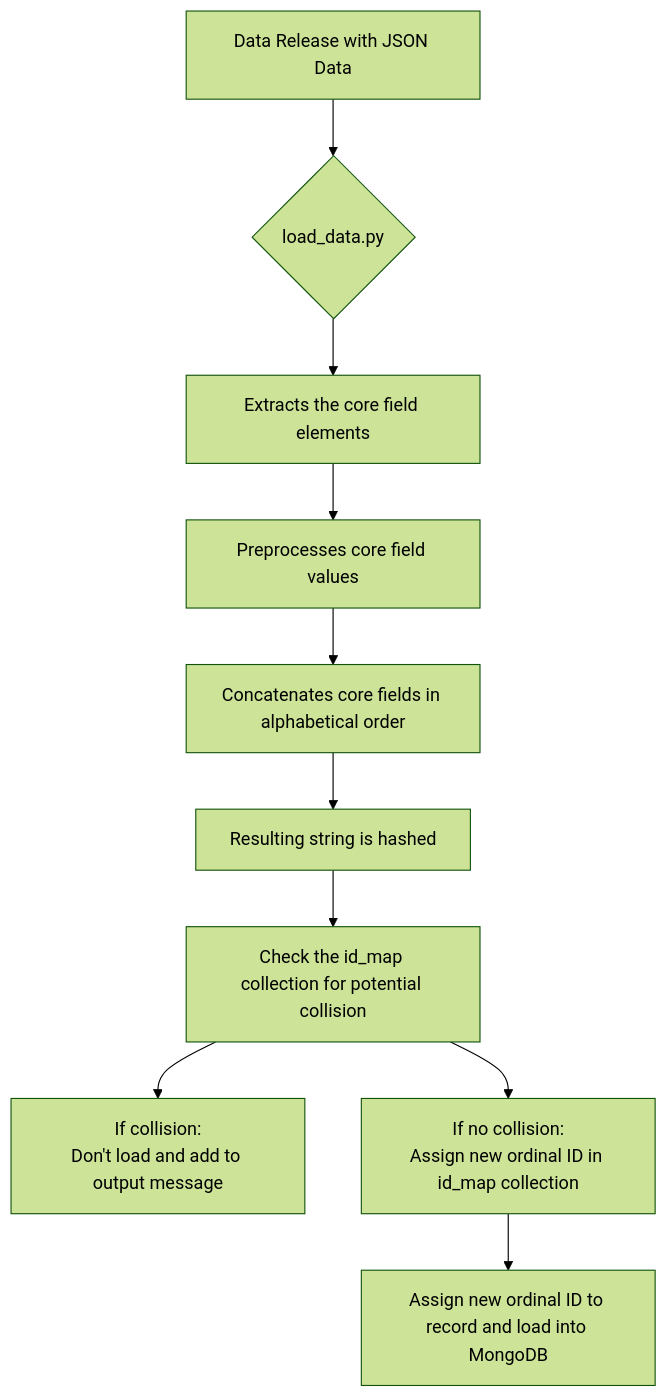
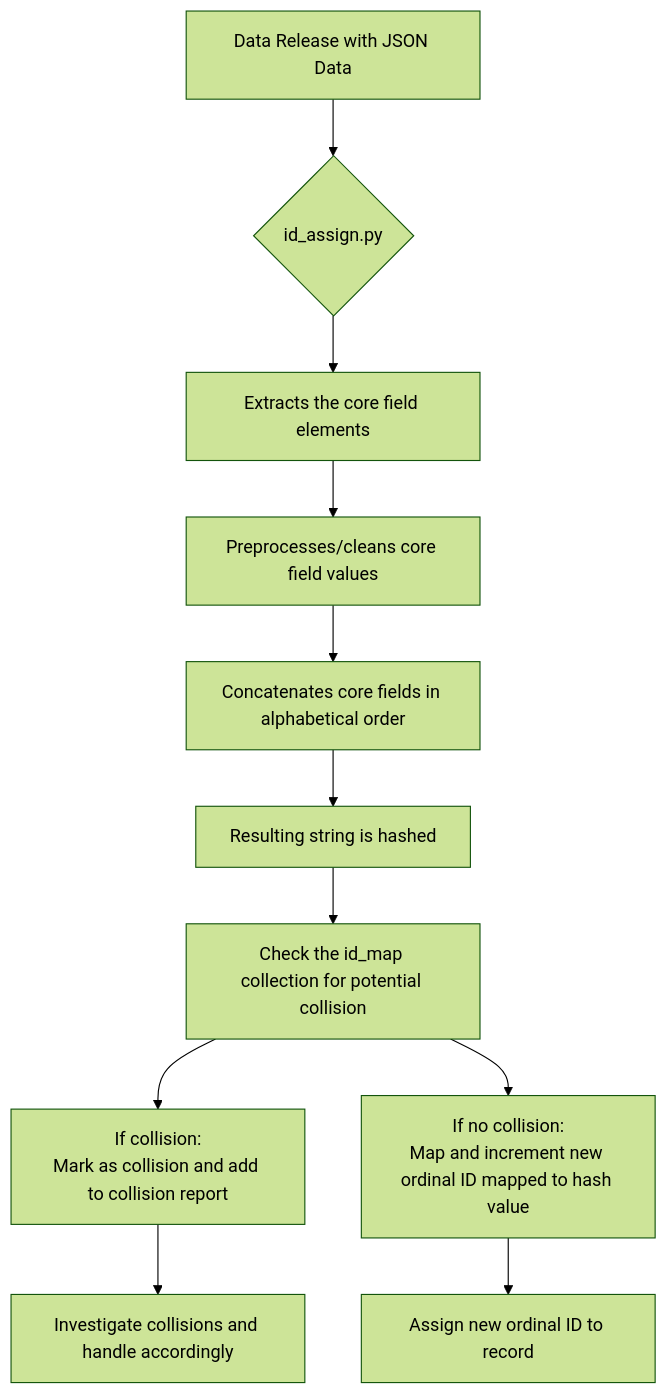
Before and after one commit to clinical-biomarkers/biomarker-backend-api: the diagram in README.md, drawn with Mermaid (forest theme). The commit also changed other lines of this file, not shown here.

Commit message:
update id assignment system docs

````diff
--- a/README.md
+++ b/README.md
@@ -176,12 +176,13 @@
 ```mermaid
 flowchart TD
-    A[Data Release with JSON Data] --> B{load_data.py}
+    A[Data Release with JSON Data] --> B{id_assign.py}
     B --> C[Extracts the core field elements]
-    C --> D[Preprocesses core field values]
+    C --> D[Preprocesses/cleans core field values]
     D --> E[Concatenates core fields in alphabetical order]
     E --> F[Resulting string is hashed]
     F --> G[Check the id_map collection for potential collision]
-    G --> H[If collision:\nDon't load and add to output message]
-    G --> I[If no collision:\nAssign new ordinal ID in id_map collection]
-    I --> J[Assign new ordinal ID to record and load into MongoDB]
+    G --> H[If collision:\nMark as collision and add to collision report]
+    H --> K[Investigate collisions and handle accordingly]
+    G --> I[If no collision:\nMap and increment new ordinal ID mapped to hash value]
+    I --> J[Assign new ordinal ID to record]
 ```
````
